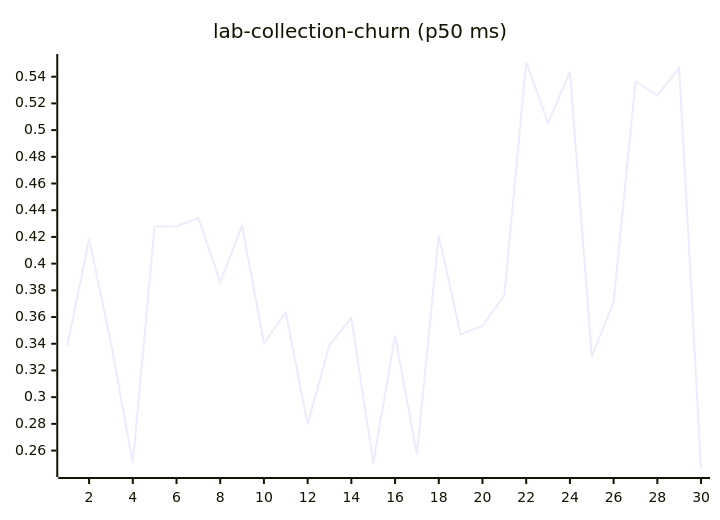
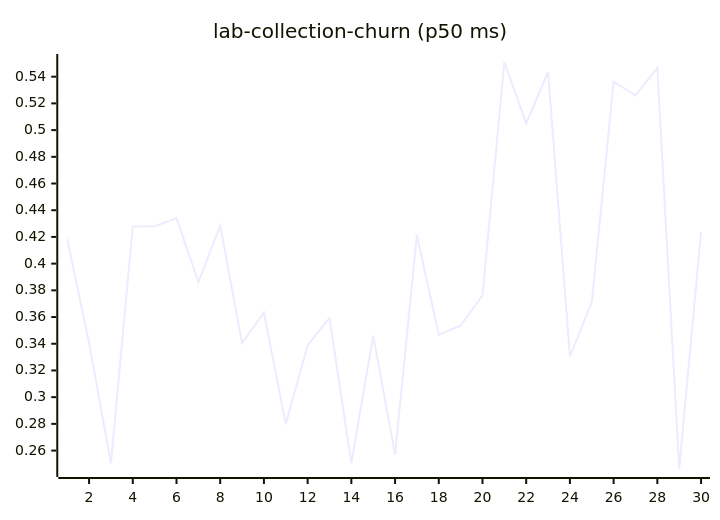
One commit to josha/Facet changed diagram 11 of 27 in README.md. Above: the diagram before and after it, drawn with Mermaid. The commit also changed other lines of this file and 2 other files, not shown here.

````diff
--- a/README.md
+++ b/README.md
@@ -133,6 +133,6 @@
 ```mermaid
 xychart-beta
     title "lab-collection-churn (p50 ms)"
     x-axis 1 --> 30
-    line [0.3379, 0.4183, 0.3407, 0.2505, 0.4278, 0.4279, 0.4341, 0.3861, 0.4284, 0.3405, 0.3635, 0.2798, 0.3389, 0.3594, 0.2506, 0.3460, 0.2571, 0.4213, 0.3468, 0.3535, 0.3763, 0.5510, 0.5051, 0.5435, 0.3305, 0.3710, 0.5363, 0.5260, 0.5466, 0.2462]
+    line [0.4183, 0.3407, 0.2505, 0.4278, 0.4279, 0.4341, 0.3861, 0.4284, 0.3405, 0.3635, 0.2798, 0.3389, 0.3594, 0.2506, 0.3460, 0.2571, 0.4213, 0.3468, 0.3535, 0.3763, 0.5510, 0.5051, 0.5435, 0.3305, 0.3710, 0.5363, 0.5260, 0.5466, 0.2462, 0.4236]
 ```
````
